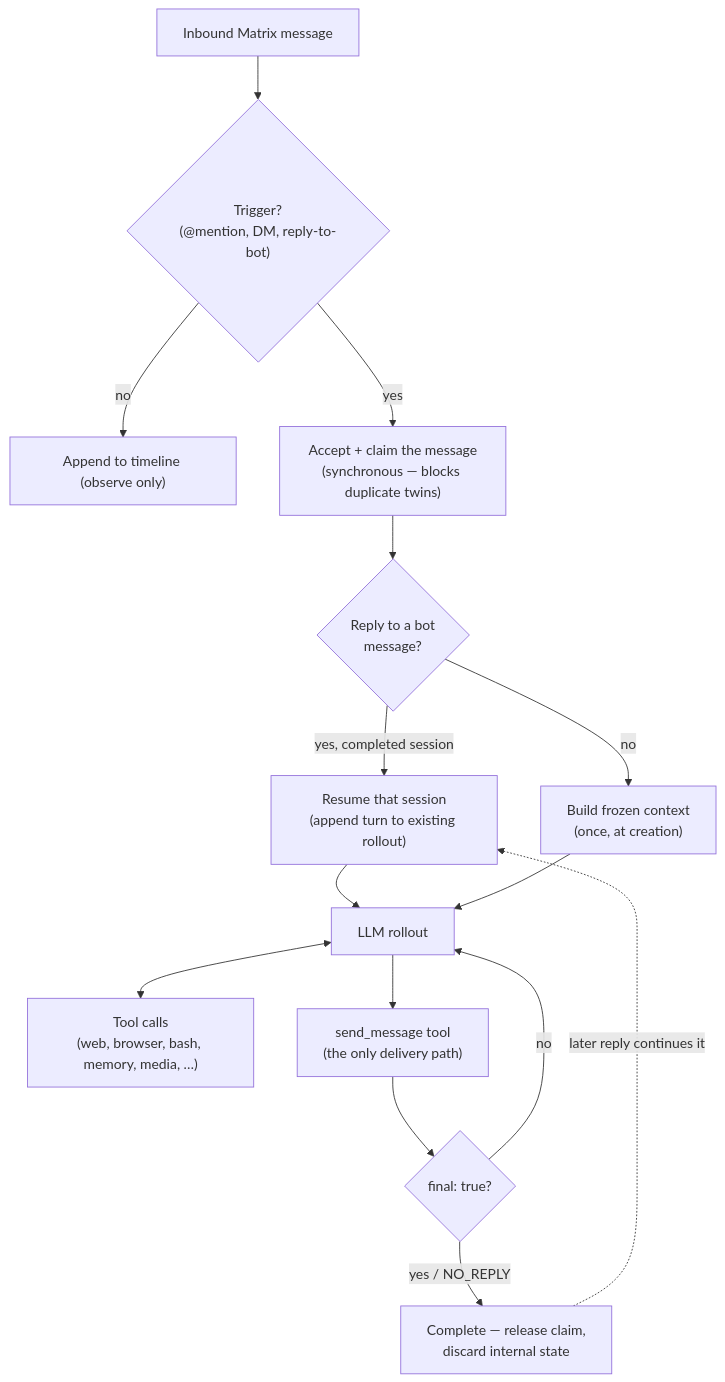
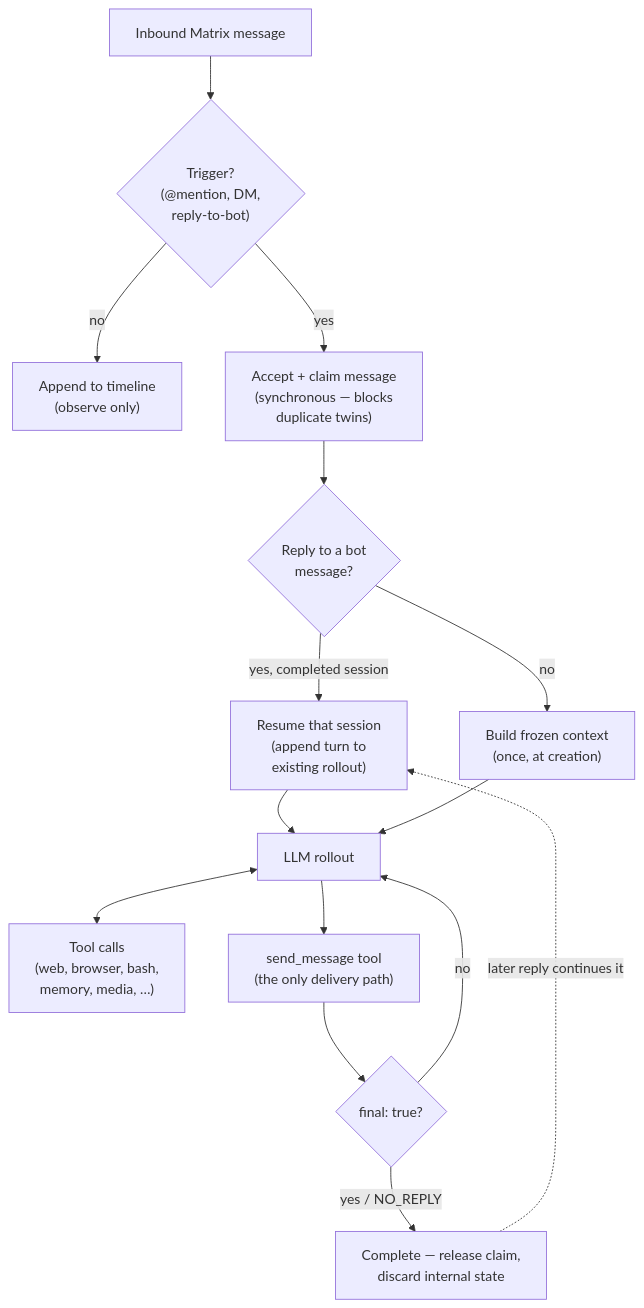
One commit to reasv/mikuswarm changed the second of 3 diagrams in README.md. Above: the diagram before and after it, drawn with Mermaid. The commit also changed other lines of this file, not shown here.

````diff
--- a/README.md
+++ b/README.md
@@ -71,17 +71,17 @@
 ```mermaid
 flowchart TD
-    IN["Inbound Matrix message"] --> TRIG{"Trigger?<br/>(@mention, DM, reply-to-bot)"}
-    TRIG -->|no| OBS["Append to timeline (observe only)"]
-    TRIG -->|yes| CLAIM["Accept + claim the message<br/>(synchronous — blocks duplicate twins)"]
+    IN["Inbound Matrix message"] --> TRIG{"Trigger?<br/>(@mention, DM,<br/>reply-to-bot)"}
+    TRIG -->|no| OBS["Append to timeline<br/>(observe only)"]
+    TRIG -->|yes| CLAIM["Accept + claim message<br/>(synchronous — blocks<br/>duplicate twins)"]
     CLAIM --> REPLY{"Reply to a bot<br/>message?"}
-    REPLY -->|"yes, completed session"| RESUME["Resume that session<br/>(append turn to existing rollout)"]
+    REPLY -->|"yes, completed session"| RESUME["Resume that session<br/>(append turn to<br/>existing rollout)"]
     REPLY -->|no| BUILD["Build frozen context<br/>(once, at creation)"]
     RESUME --> RUN
     BUILD --> RUN["LLM rollout"]
-    RUN <--> TOOLS["Tool calls<br/>(web, browser, bash, memory, media, …)"]
+    RUN <--> TOOLS["Tool calls<br/>(web, browser, bash,<br/>memory, media, …)"]
     RUN --> SEND["send_message tool<br/>(the only delivery path)"]
     SEND --> FINAL{"final: true?"}
     FINAL -->|no| RUN
     FINAL -->|"yes / NO_REPLY"| DONE["Complete — release claim,<br/>discard internal state"]
     DONE -.->|"later reply continues it"| RESUME
 ```
````
